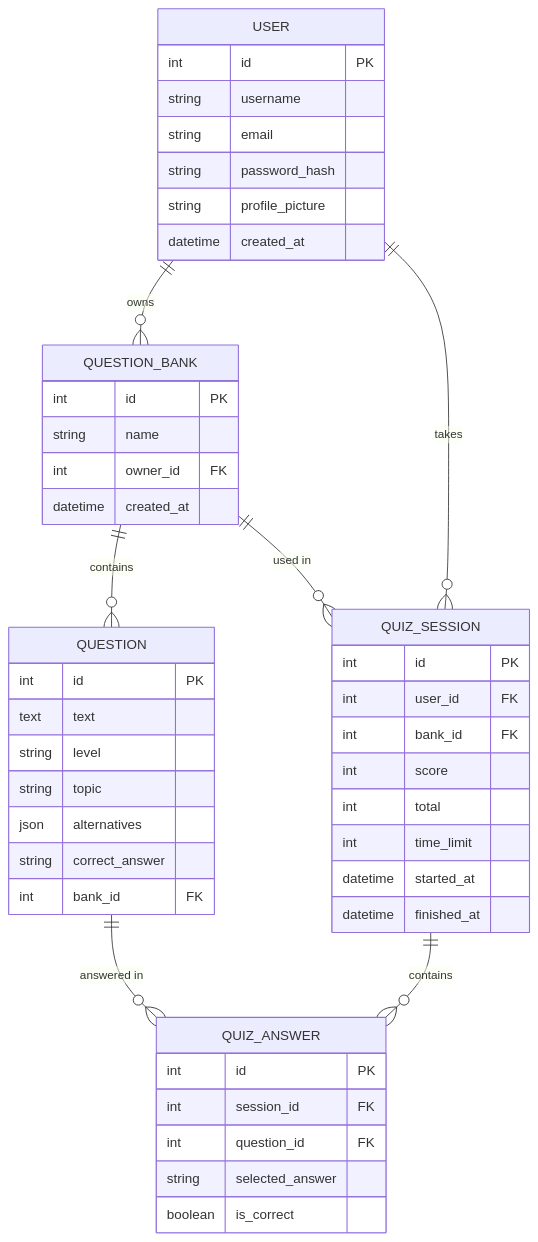
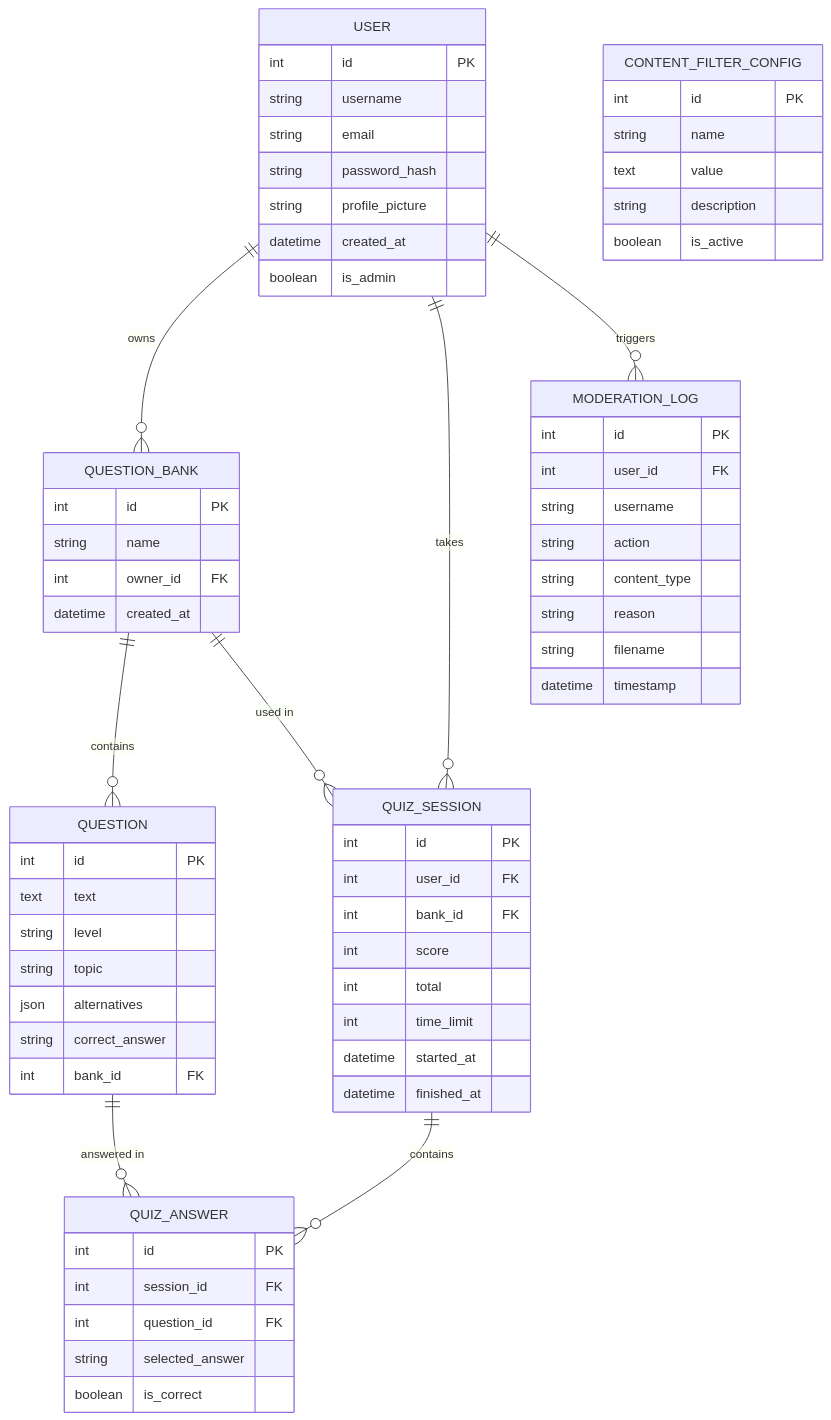
Before and after one commit to LuisDavidMSilva/provr: the diagram in docs/data-modeling.md, drawn with Mermaid. The commit also changed 2 other files, not shown here.

Commit message:
docs: update README, use cases and database modeling for v1.2

````diff
--- a/docs/data-modeling.md
+++ b/docs/data-modeling.md
@@ -2,54 +2,75 @@
 ```mermaid
 erDiagram
     USER {
         int id PK
         string username
         string email
         string password_hash
         string profile_picture
         datetime created_at
+        boolean is_admin
     }
 
     QUESTION_BANK {
         int id PK
         string name
         int owner_id FK
         datetime created_at
     }
 
     QUESTION {
         int id PK
         text text
         string level
         string topic
         json alternatives
         string correct_answer
         int bank_id FK
     }
 
     QUIZ_ANSWER {
         int id PK
         int session_id FK
         int question_id FK
         string selected_answer
         boolean is_correct
     }
 
     QUIZ_SESSION {
         int id PK
         int user_id FK
         int bank_id FK
         int score
         int total
         int time_limit
         datetime started_at
         datetime finished_at
     }
 
+    CONTENT_FILTER_CONFIG {
+        int id PK
+        string name
+        text value
+        string description
+        boolean is_active
+    }
+
+    MODERATION_LOG {
+        int id PK
+        int user_id FK
+        string username
+        string action
+        string content_type
+        string reason
+        string filename
+        datetime timestamp
+    }
+
     USER ||--o{ QUESTION_BANK : "owns"
     USER ||--o{ QUIZ_SESSION : "takes"
+    USER ||--o{ MODERATION_LOG : "triggers"
     QUESTION ||--o{ QUIZ_ANSWER : "answered in"
     QUIZ_SESSION ||--o{ QUIZ_ANSWER : "contains"
     QUESTION_BANK ||--o{ QUESTION : "contains"
     QUESTION_BANK ||--o{ QUIZ_SESSION : "used in"
 ```
````
